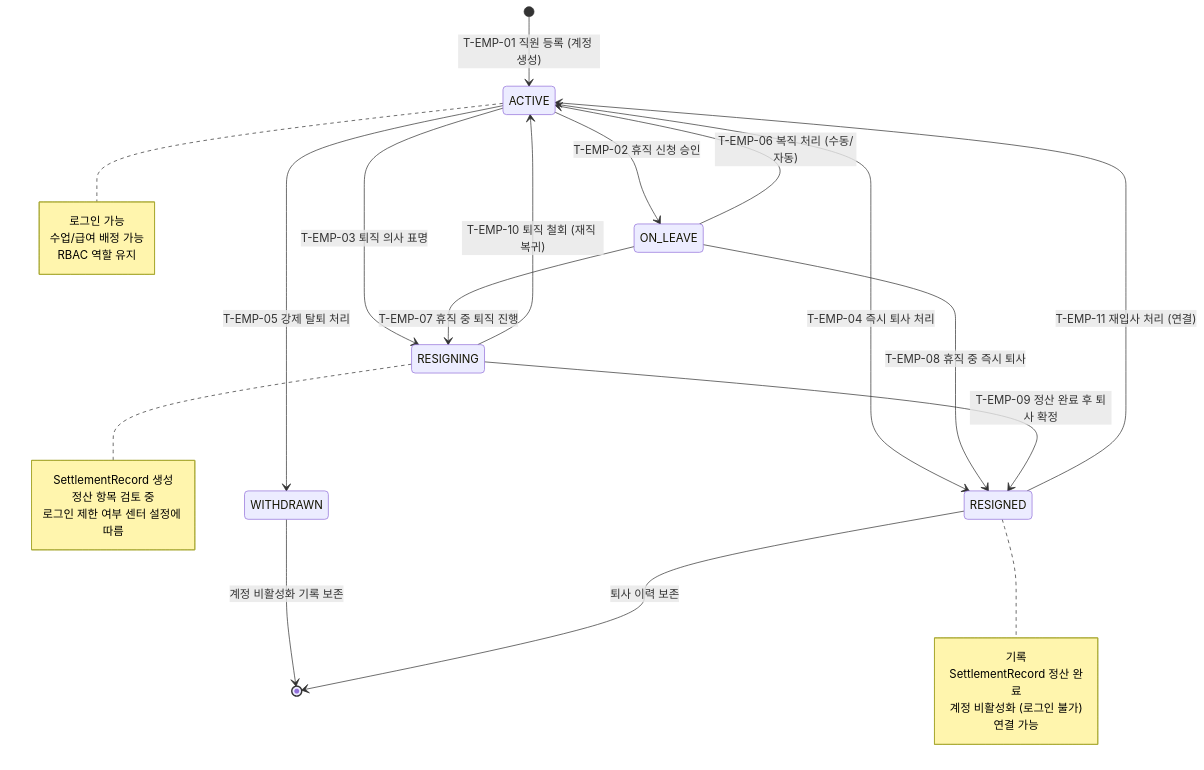
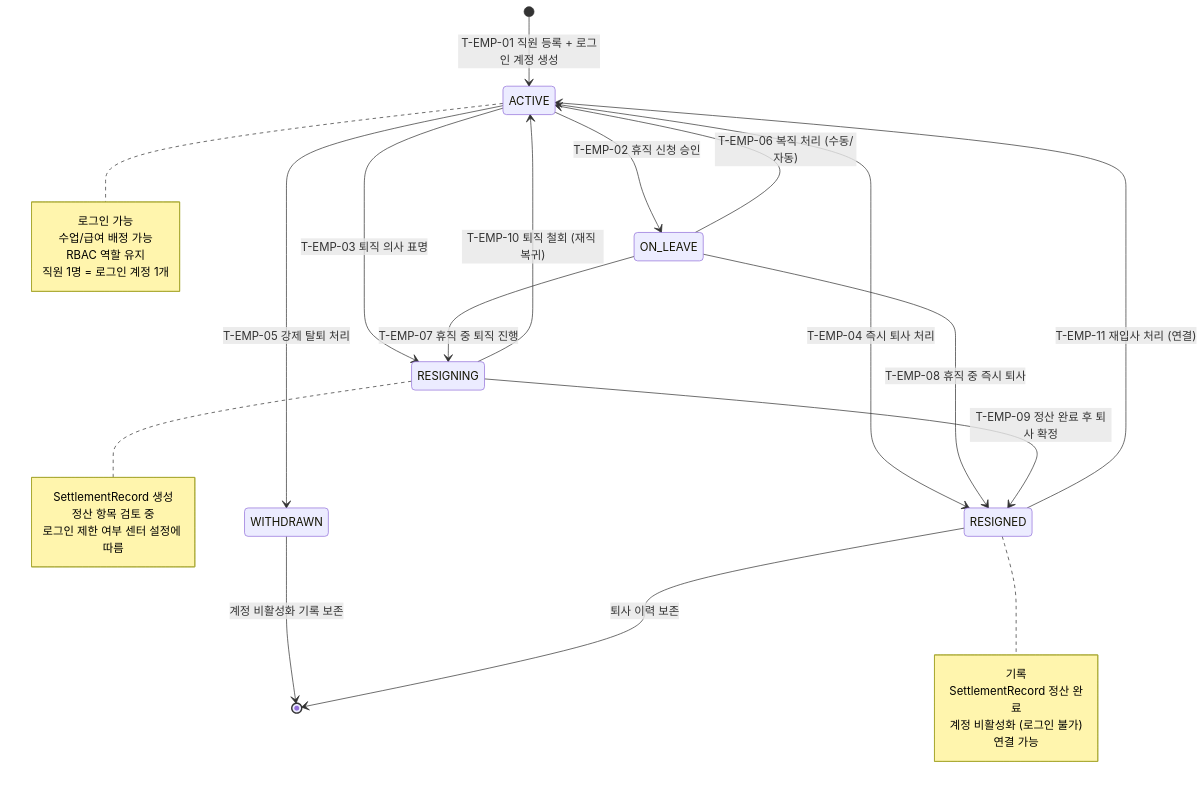
The diagram in docs/admin/다이어그램/20_상태전이도/20-08_EmployeeStatus.md (dev-spogym/admin-pando), drawn with Mermaid before and after one commit. The commit also changed other lines of this file and 161 other files, not shown here.

````diff
--- a/docs/admin/다이어그램/20_상태전이도/20-08_EmployeeStatus.md
+++ b/docs/admin/다이어그램/20_상태전이도/20-08_EmployeeStatus.md
@@ -32,40 +32,41 @@
 ```mermaid
 stateDiagram-v2
-    [*] --> ACTIVE : T-EMP-01 직원 등록 (계정 생성)
+    [*] --> ACTIVE : T-EMP-01 직원 등록 + 로그인 계정 생성
 
     ACTIVE --> ON_LEAVE : T-EMP-02 휴직 신청 승인
     ACTIVE --> RESIGNING : T-EMP-03 퇴직 의사 표명
     ACTIVE --> RESIGNED : T-EMP-04 즉시 퇴사 처리
     ACTIVE --> WITHDRAWN : T-EMP-05 강제 탈퇴 처리
 
     ON_LEAVE --> ACTIVE : T-EMP-06 복직 처리 (수동/자동)
     ON_LEAVE --> RESIGNING : T-EMP-07 휴직 중 퇴직 진행
     ON_LEAVE --> RESIGNED : T-EMP-08 휴직 중 즉시 퇴사
 
     RESIGNING --> RESIGNED : T-EMP-09 정산 완료 후 퇴사 확정
     RESIGNING --> ACTIVE : T-EMP-10 퇴직 철회 (재직 복귀)
 
     RESIGNED --> ACTIVE : T-EMP-11 재입사 처리 (연결)
 
     WITHDRAWN --> [*] : 계정 비활성화 기록 보존
     RESIGNED --> [*] : 퇴사 이력 보존
 
     note right of ACTIVE
         로그인 가능
         수업/급여 배정 가능
         RBAC 역할 유지
+        직원 1명 = 로그인 계정 1개
     end note
 
     note right of RESIGNING
         SettlementRecord 생성
         정산 항목 검토 중
         로그인 제한 여부 센터 설정에 따름
     end note
 
     note right of RESIGNED
          기록
         SettlementRecord 정산 완료
         계정 비활성화 (로그인 불가)
          연결 가능
     end note
 ```
````
